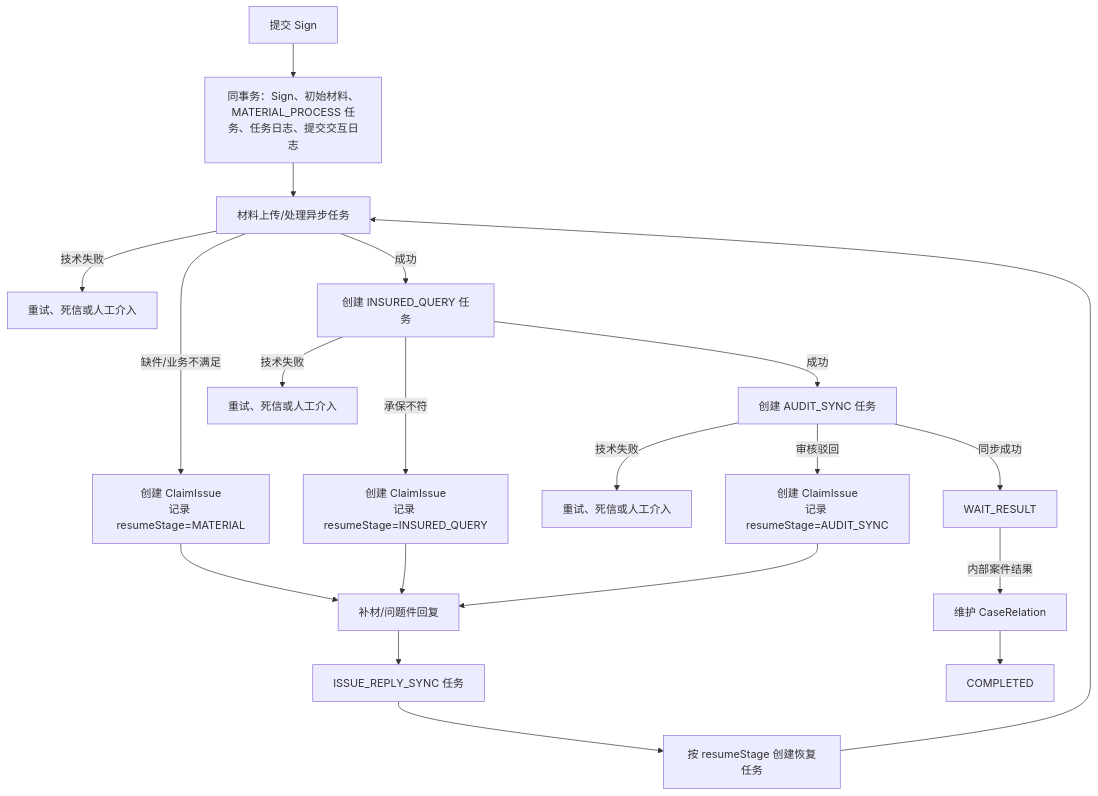
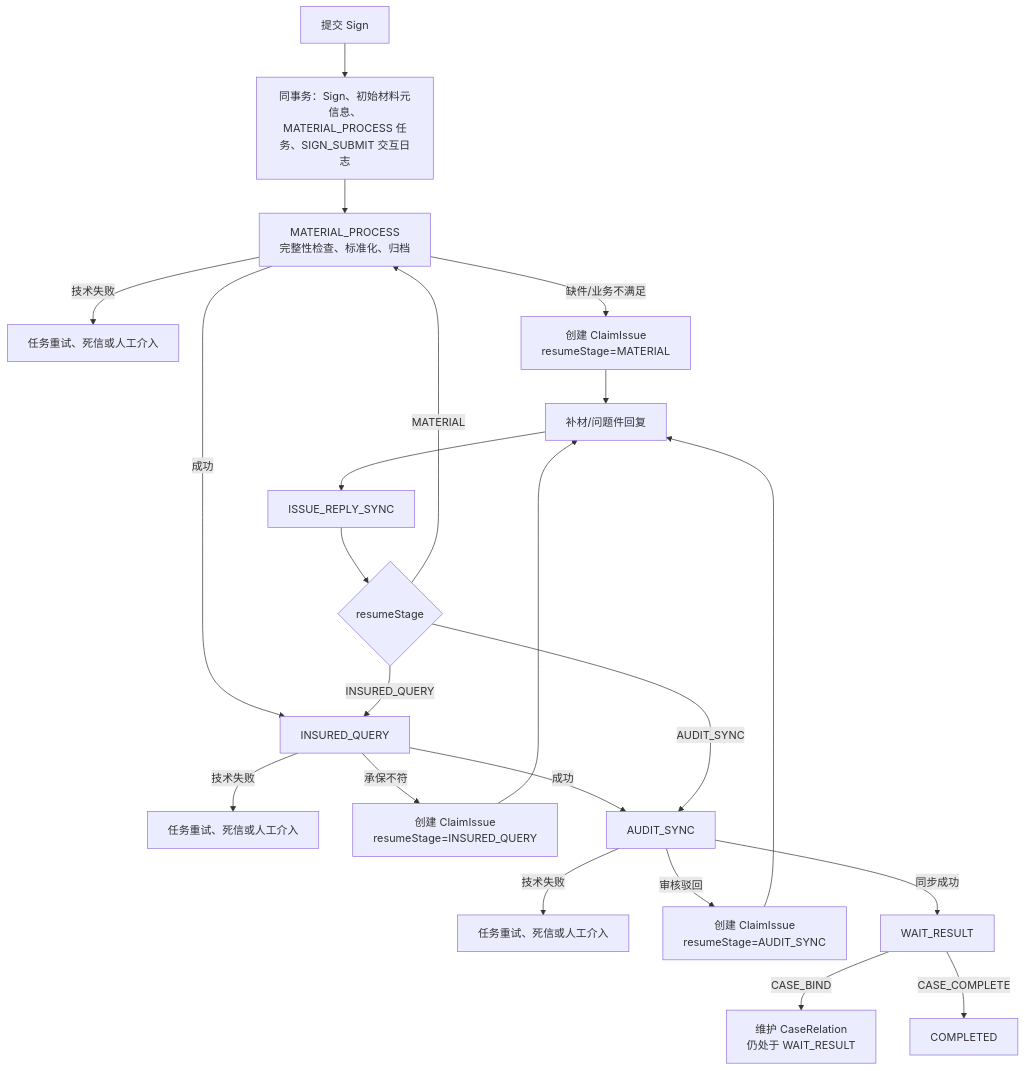
Before and after one commit to wangguangwu/claim-platform: the fourth of 5 diagrams in docs/specs/sign-workflow/design.md, drawn with Mermaid. The commit also changed other lines of this file and 3 other files, not shown here.

````diff
--- a/docs/specs/sign-workflow/design.md
+++ b/docs/specs/sign-workflow/design.md
@@ -148,22 +127,24 @@
 ```mermaid
 flowchart TD
-    A[提交 Sign] --> B[同事务：Sign、初始材料、MATERIAL_PROCESS 任务、任务日志、提交交互日志]
-    B --> C[材料上传/处理异步任务]
-    C -->|技术失败| C1[重试、死信或人工介入]
-    C -->|缺件/业务不满足| I[创建 ClaimIssue\n记录 resumeStage=MATERIAL]
-    C -->|成功| D[创建 INSURED_QUERY 任务]
-    D -->|技术失败| D1[重试、死信或人工介入]
-    D -->|承保不符| J[创建 ClaimIssue\n记录 resumeStage=INSURED_QUERY]
-    D -->|成功| E[创建 AUDIT_SYNC 任务]
-    E -->|技术失败| E1[重试、死信或人工介入]
-    E -->|审核驳回| K[创建 ClaimIssue\n记录 resumeStage=AUDIT_SYNC]
+    A[提交 Sign] --> B[同事务：Sign、初始材料元信息、MATERIAL_PROCESS 任务、SIGN_SUBMIT 交互日志]
+    B --> C[MATERIAL_PROCESS\n完整性检查、标准化、归档]
+    C -->|技术失败| CR[任务重试、死信或人工介入]
+    C -->|缺件/业务不满足| IM[创建 ClaimIssue\nresumeStage=MATERIAL]
+    C -->|成功| D[INSURED_QUERY]
+    D -->|技术失败| DR[任务重试、死信或人工介入]
+    D -->|承保不符| II[创建 ClaimIssue\nresumeStage=INSURED_QUERY]
+    D -->|成功| E[AUDIT_SYNC]
+    E -->|技术失败| ER[任务重试、死信或人工介入]
+    E -->|审核驳回| IA[创建 ClaimIssue\nresumeStage=AUDIT_SYNC]
     E -->|同步成功| F[WAIT_RESULT]
-    F -->|内部案件结果| G[维护 CaseRelation]
-    G --> H[COMPLETED]
-    I --> L[补材/问题件回复]
-    J --> L
-    K --> L
-    L --> M[ISSUE_REPLY_SYNC 任务]
-    M --> N[按 resumeStage 创建恢复任务]
-    N --> C
+    F -->|CASE_BIND| G[维护 CaseRelation\n仍处于 WAIT_RESULT]
+    F -->|CASE_COMPLETE| H[COMPLETED]
+    IM --> R[补材/问题件回复]
+    II --> R
+    IA --> R
+    R --> S[ISSUE_REPLY_SYNC]
+    S --> T{resumeStage}
+    T -->|MATERIAL| C
+    T -->|INSURED_QUERY| D
+    T -->|AUDIT_SYNC| E
 ```
````
